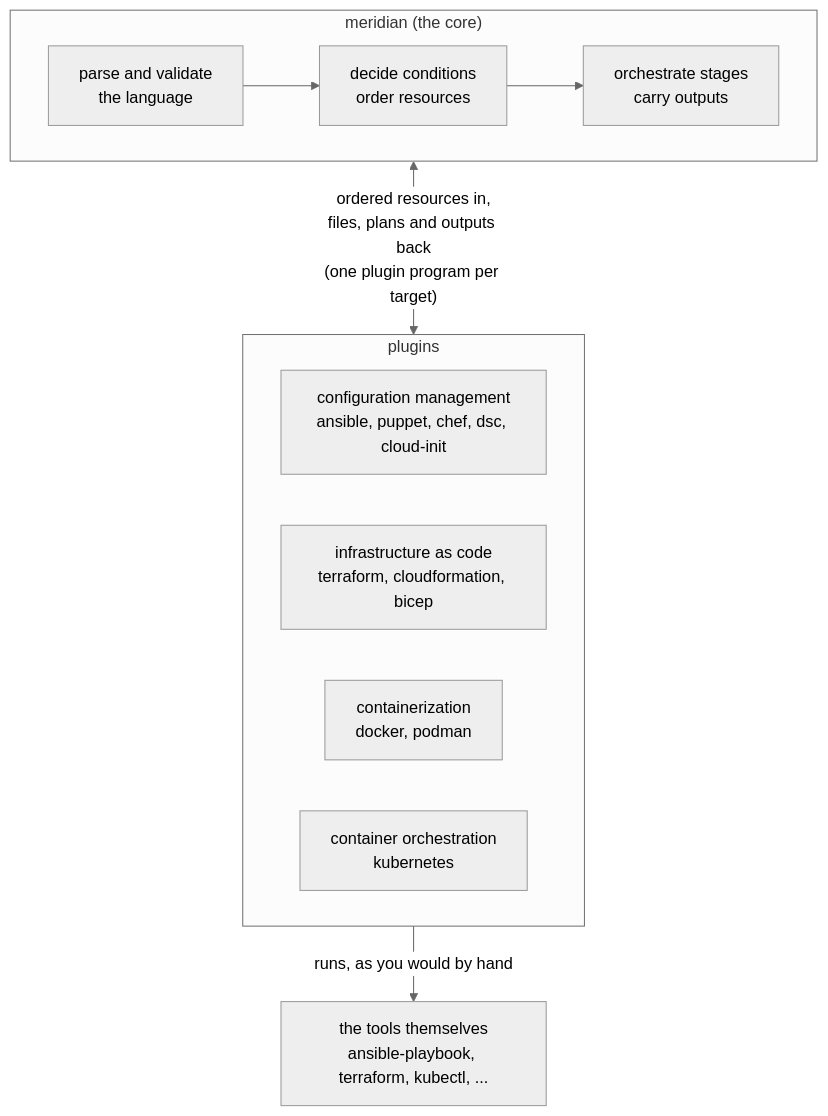
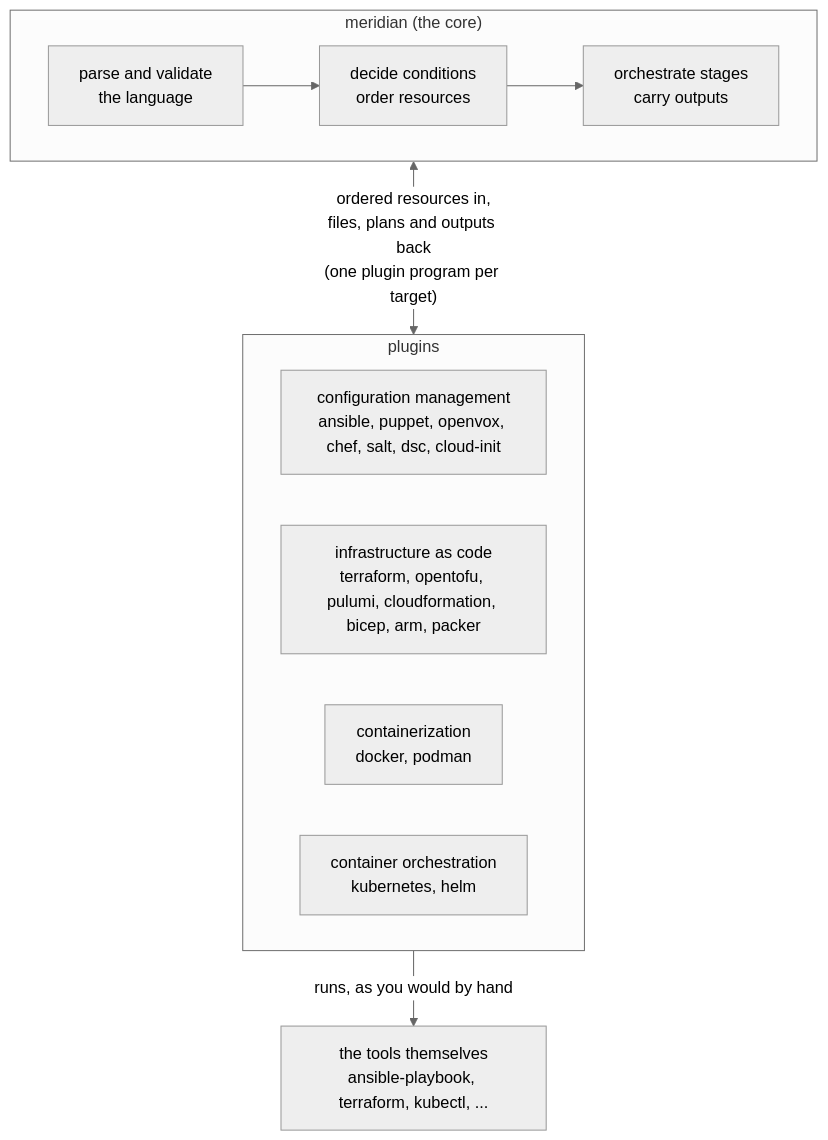
Before and after one commit to Gorkem-Taha/meridian-core: the second of 3 diagrams in docs/reference/dsl/how-it-fits-together.md, drawn with Mermaid (neutral theme). The commit also changed 11 other files, not shown here.

````diff
--- a/docs/reference/dsl/how-it-fits-together.md
+++ b/docs/reference/dsl/how-it-fits-together.md
@@ -22,16 +22,16 @@
 ```mermaid
 flowchart TB
     subgraph CORE["meridian (the core)"]
         direction LR
         PARSE["parse and validate<br/>the language"] --> GRAPH["decide conditions<br/>order resources"] --> ORCH["orchestrate stages<br/>carry outputs"]
     end
     ORCH <-->|"ordered resources in,<br/>files, plans and outputs back<br/>(one plugin program per target)"| PLUG
     subgraph PLUG["plugins"]
         direction LR
-        CM["configuration management<br/>ansible, puppet, chef, dsc, cloud-init"]
-        IAC["infrastructure as code<br/>terraform, cloudformation, bicep"]
+        CM["configuration management<br/>ansible, puppet, openvox, chef, salt, dsc, cloud-init"]
+        IAC["infrastructure as code<br/>terraform, opentofu, pulumi, cloudformation, bicep, arm, packer"]
         CON["containerization<br/>docker, podman"]
-        ORC["container orchestration<br/>kubernetes"]
+        ORC["container orchestration<br/>kubernetes, helm"]
     end
     PLUG -->|"runs, as you would by hand"| TOOLS["the tools themselves<br/>ansible-playbook, terraform, kubectl, ..."]
 ```
````
